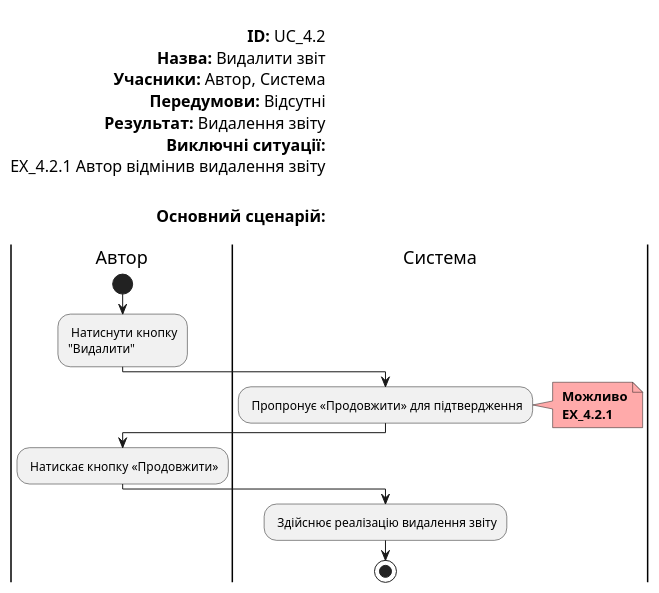
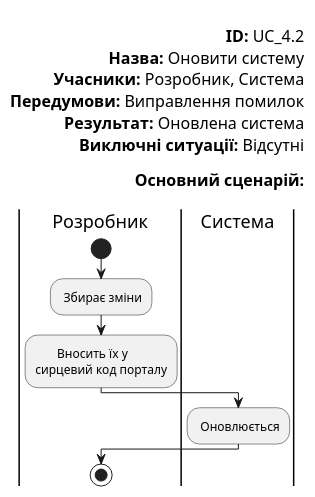
One commit to boldak/database_basics_template changed the diagram in src/uml/UC_4.2.puml. Above: the diagram before and after it, drawn with PlantUML.

```diff
--- a/src/uml/UC_4.2.puml
+++ b/src/uml/UC_4.2.puml
@@ -1,32 +1,24 @@
 @startuml
 left header
         
         <font color=000 size=16><b>ID:</b> UC_4.2
-        <font color=000 size=16><b>Назва:</b> Видалити звіт
-        <font color=000 size=16><b>Учасники:</b> Автор, Система
-        <font color=000 size=16><b>Передумови:</b> Відсутні
-        <font color=000 size=16><b>Результат:</b> Видалення звіту
-        <font color=000 size=16><b>Виключні ситуації:</b> 
-        <font color=000 size=16> EX_4.2.1 Автор відмінив видалення звіту
-        
+        <font color=000 size=16><b>Назва:</b> Оновити систему
+        <font color=000 size=16><b>Учасники:</b> Розробник, Система
+        <font color=000 size=16><b>Передумови:</b> Виправлення помилок
+        <font color=000 size=16><b>Результат:</b> Оновлена система
+        <font color=000 size=16><b>Виключні ситуації:</b> Відсутні
         
         <font color=000 size=16><b>Основний сценарій:</b>
         
     end header
 
-    |Автор|
+    |Розробник|
         start
-        : Натиснути кнопку
-        "Видалити";
+        : Збирає зміни;
+        :       Вносить їх у
+       сирцевий код порталу;
     |Система|
-        : Пропронує «Продовжити» для підтвердження;
-        note right #ffaaaa
-        <b> Можливо
-        <b> EX_4.2.1
-        end note
-    |Автор|
-        : Натискає кнопку «Продовжити»;
-    |Система|
-        : Здійснює реалізацію видалення звіту;
+        : Оновлюється;
+    |Розробник|
         stop;
 @enduml
```
